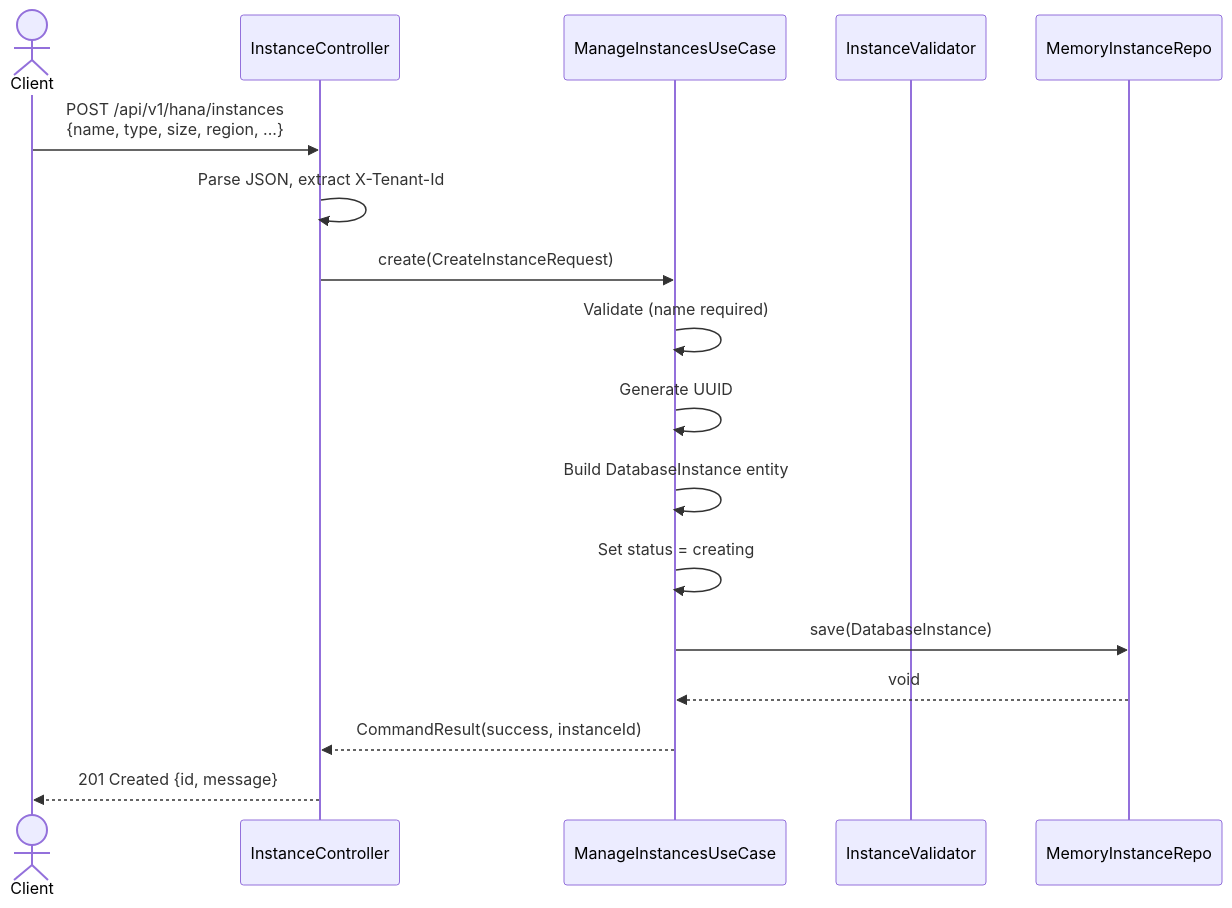
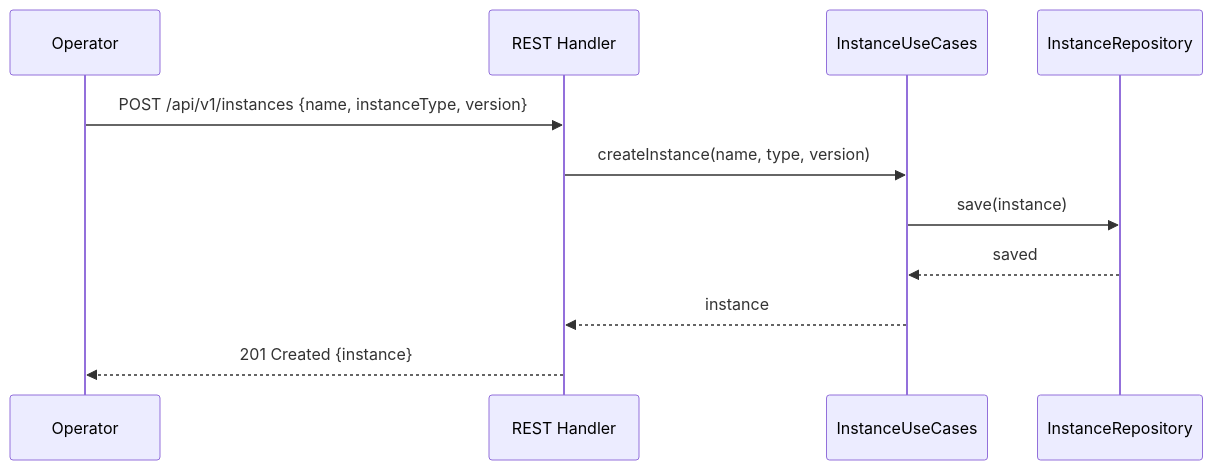
Before and after one commit to UIMSolutions/uim-platform: the third of 3 diagrams in hana/docs/uml.md, drawn with Mermaid. The commit also changed other lines of this file and 7 other files, not shown here.

First line of the commit message:
Refactor UML documentation for Identity Directory and Integration Automation services

````diff
--- a/hana/docs/uml.md
+++ b/hana/docs/uml.md
@@ -579,20 +133,14 @@
 ```mermaid
 sequenceDiagram
-    actor Client
-    participant IC as InstanceController
-    participant MIU as ManageInstancesUseCase
-    participant IV as InstanceValidator
-    participant IR as MemoryInstanceRepo
+    participant O as Operator
+    participant R as REST Handler
+    participant UC as InstanceUseCases
+    participant IR as InstanceRepository
 
-    Client->>IC: POST /api/v1/hana/instances<br/>{name, type, size, region, ...}
-    IC->>IC: Parse JSON, extract X-Tenant-Id
-    IC->>MIU: create(CreateInstanceRequest)
-    MIU->>MIU: Validate (name required)
-    MIU->>MIU: Generate UUID
-    MIU->>MIU: Build DatabaseInstance entity
-    MIU->>MIU: Set status = creating
-    MIU->>IR: save(DatabaseInstance)
-    IR-->>MIU: void
-    MIU-->>IC: CommandResult(success, instanceId)
-    IC-->>Client: 201 Created {id, message}
+    O->>R: POST /api/v1/instances {name, instanceType, version}
+    R->>UC: createInstance(name, type, version)
+    UC->>IR: save(instance)
+    IR-->>UC: saved
+    UC-->>R: instance
+    R-->>O: 201 Created {instance}
 ```
````
